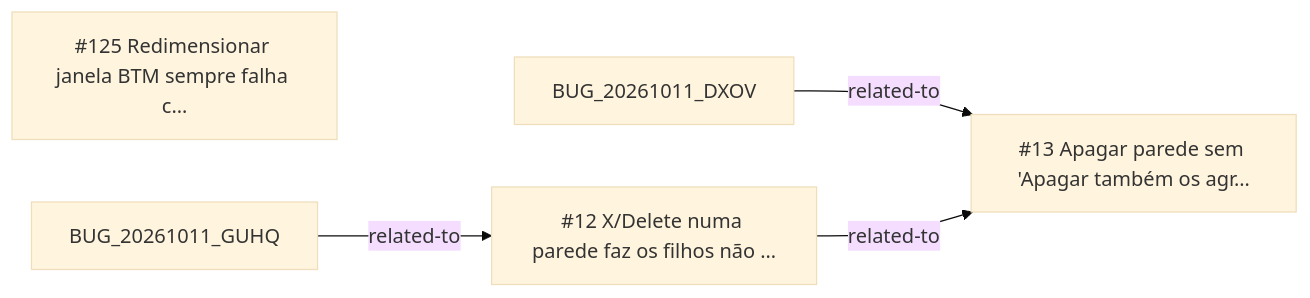
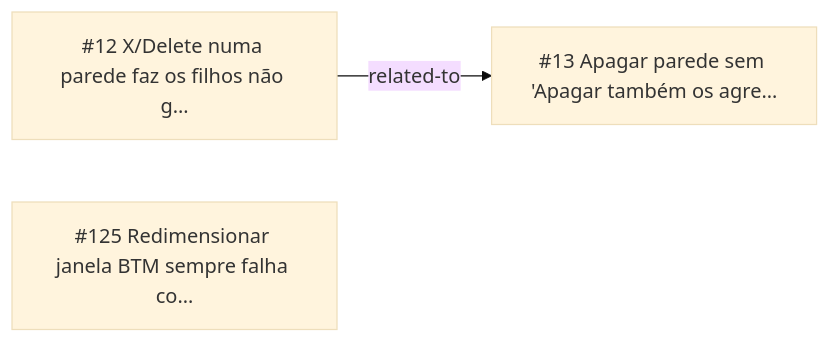
The diagram in _reversa_bugs/selection/generated/graph.md (CAFFDIGITALPLATFORM/caffmob_draw), drawn with Mermaid (base theme) before and after one commit. The commit also changed other lines of this file and 220 other files, not shown here.

````diff
--- a/_reversa_bugs/selection/generated/graph.md
+++ b/_reversa_bugs/selection/generated/graph.md
@@ -5,9 +5,7 @@
 ```mermaid
 graph LR
-  BUG_20261011_7DHT["#12 X/Delete numa parede faz os filhos não …"]
-  BUG_20261011_TUWO["#13 Apagar parede sem 'Apagar também os agr…"]
-  BUG_20261011_CHWX["#125 Redimensionar janela BTM sempre falha c…"]
-  BUG_20261011_DXOV -->|related-to| BUG_20261011_TUWO
-  BUG_20261011_GUHQ -->|related-to| BUG_20261011_7DHT
+  BUG_20261011_7DHT["#12 X/Delete numa parede faz os filhos não g…"]
+  BUG_20261011_TUWO["#13 Apagar parede sem 'Apagar também os agre…"]
+  BUG_20261011_CHWX["#125 Redimensionar janela BTM sempre falha co…"]
   BUG_20261011_7DHT -->|related-to| BUG_20261011_TUWO
 ```
````
